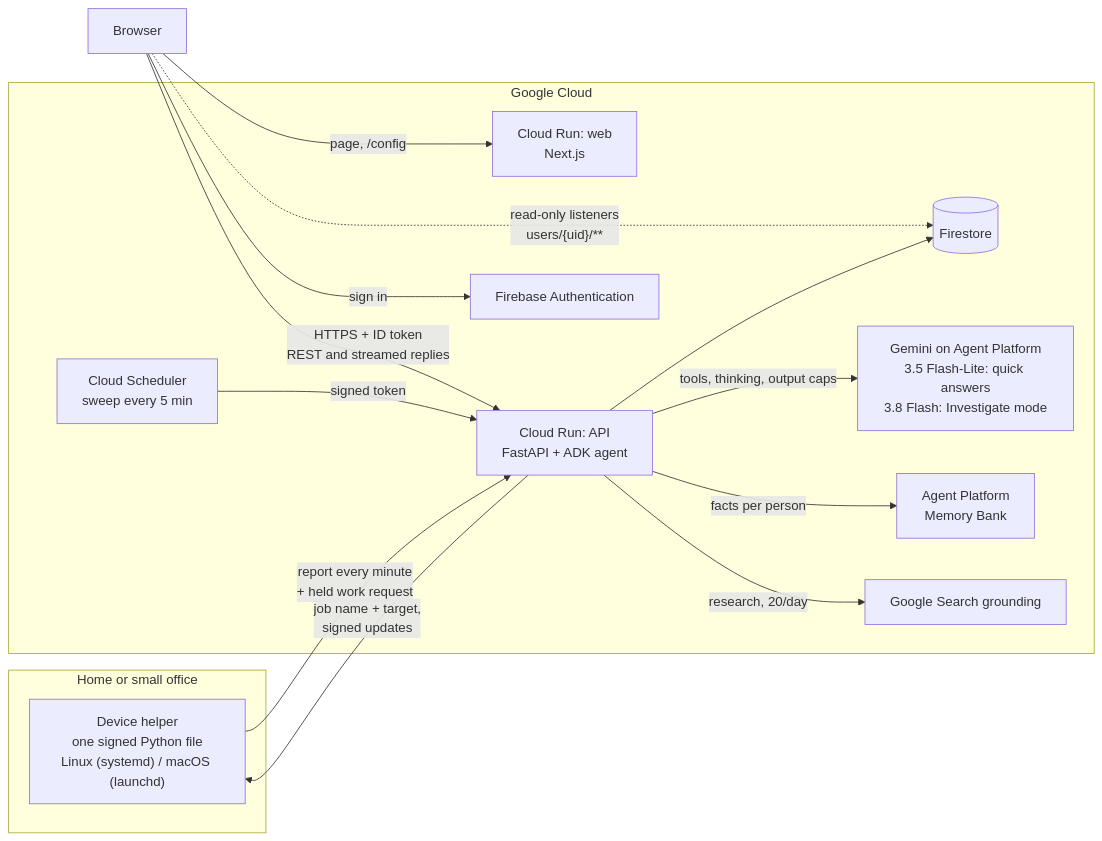
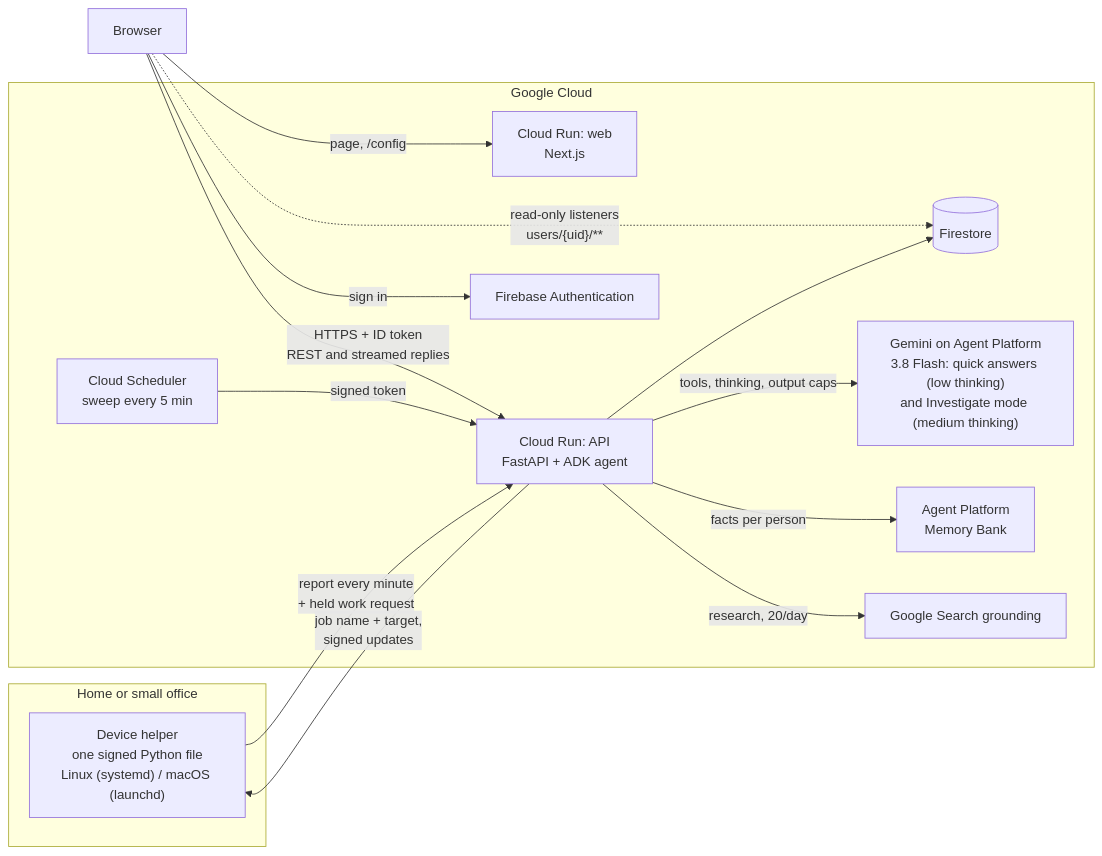
One commit to juanpark/nightlight changed the diagram in README.md. Above: the diagram before and after it, drawn with Mermaid. The commit also changed other lines of this file, not shown here.

Commit message:
README: both modes run on Gemini 3.8 Flash, and why we switched

````diff
--- a/README.md
+++ b/README.md
@@ -69,28 +69,28 @@
 ```mermaid
 flowchart LR
     subgraph home["Home or small office"]
         H["Device helper<br/>one signed Python file<br/>Linux (systemd) / macOS (launchd)"]
     end
     B["Browser"]
     subgraph gcp["Google Cloud"]
         W["Cloud Run: web<br/>Next.js"]
         A["Cloud Run: API<br/>FastAPI + ADK agent"]
         FS[("Firestore")]
         AUTH["Firebase Authentication"]
-        G["Gemini on Agent Platform<br/>3.5 Flash-Lite: quick answers<br/>3.8 Flash: Investigate mode"]
+        G["Gemini on Agent Platform<br/>3.8 Flash: quick answers (low thinking)<br/>and Investigate mode (medium thinking)"]
         MB["Agent Platform<br/>Memory Bank"]
         GS["Google Search grounding"]
         SCH["Cloud Scheduler<br/>sweep every 5 min"]
     end
     B -->|"page, /config"| W
     B -->|"sign in"| AUTH
     B -->|"HTTPS + ID token<br/>REST and streamed replies"| A
     B -.->|"read-only listeners<br/>users/{uid}/**"| FS
     A --> FS
     A -->|"tools, thinking, output caps"| G
     A -->|"facts per person"| MB
     A -->|"research, 20/day"| GS
     SCH -->|"signed token"| A
     H -->|"report every minute<br/>+ held work request"| A
     A -->|"job name + target,<br/>signed updates"| H
 ```
````
